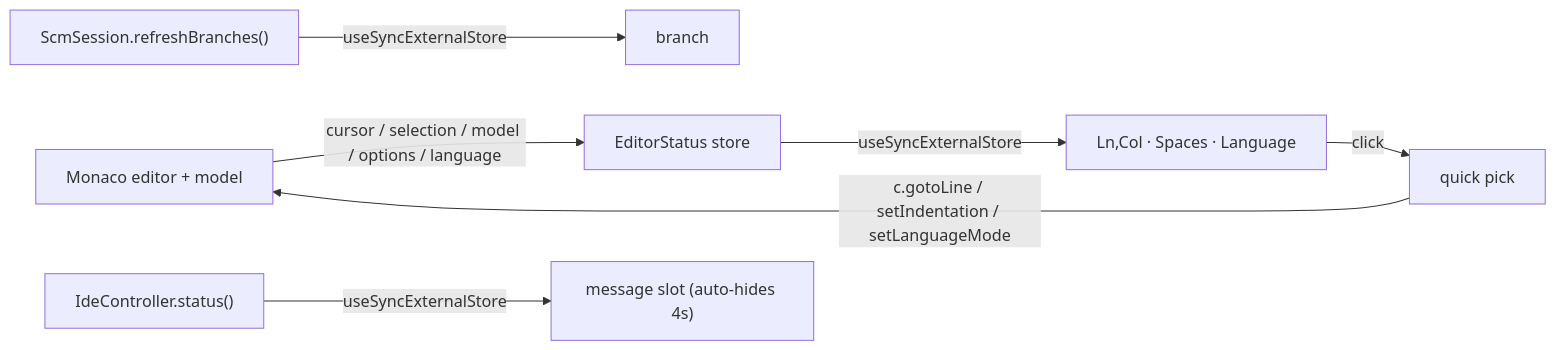
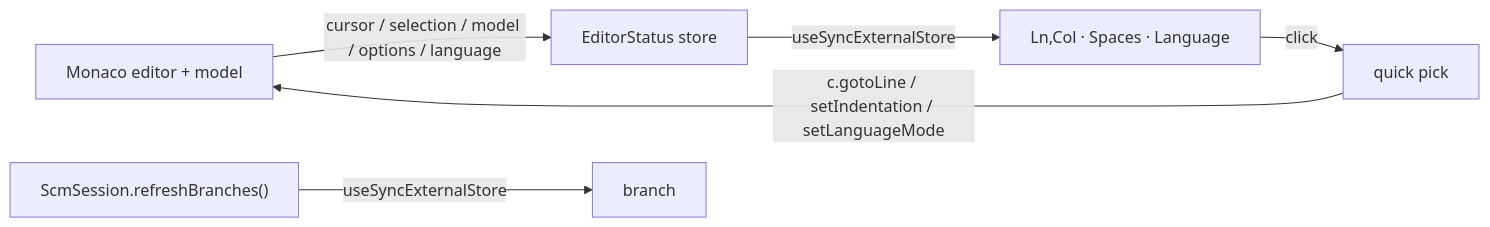
The fourth of 4 diagrams in ARCHITECTURE.md (maitrungduc1410/vivari), drawn with Mermaid before and after one commit. The commit also changed other lines of this file and 24 other files, not shown here.

````diff
--- a/ARCHITECTURE.md
+++ b/ARCHITECTURE.md
@@ -896,9 +896,8 @@
 ```mermaid
 flowchart LR
   Monaco["Monaco editor + model"] -->|"cursor / selection / model / options / language"| ES["EditorStatus store"]
   ES -->|"useSyncExternalStore"| Right["Ln,Col · Spaces · Language"]
   SCM["ScmSession.refreshBranches()"] -->|"useSyncExternalStore"| Left["branch"]
-  Ctrl["IdeController.status()"] -->|"useSyncExternalStore"| Msg["message slot (auto-hides 4s)"]
   Right -->|"click"| QP["quick pick"]
   QP -->|"c.gotoLine / setIndentation / setLanguageMode"| Monaco
 ```
````
